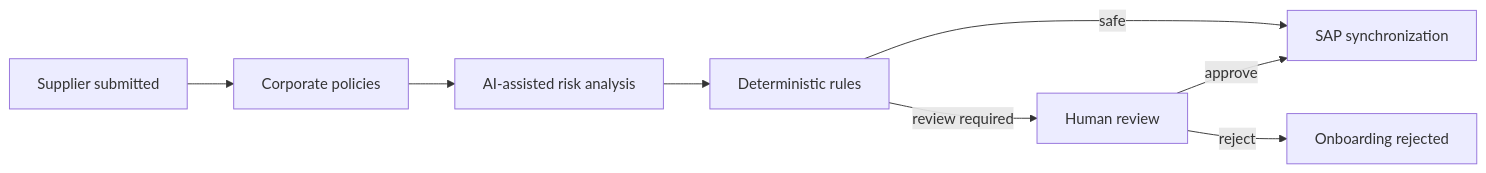
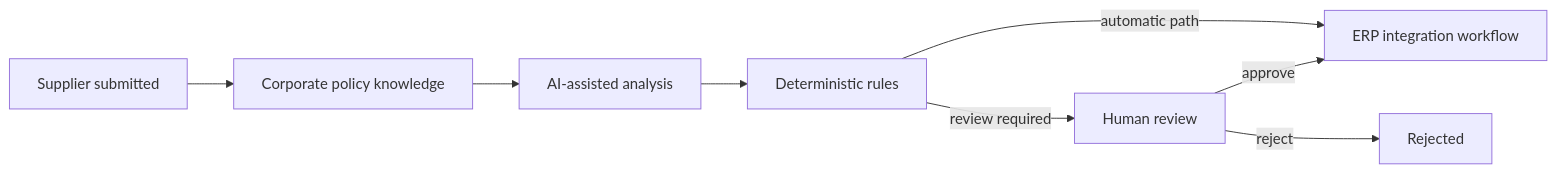
Before and after one commit to danillofratta/supplier-master-ai: the first of 2 diagrams in docs/BUSINESS_OVERVIEW.md, drawn with Mermaid. The commit also changed other lines of this file and 24 other files, not shown here.

````diff
--- a/docs/BUSINESS_OVERVIEW.md
+++ b/docs/BUSINESS_OVERVIEW.md
@@ -9,10 +9,10 @@
 ```mermaid
 flowchart LR
-    S[Supplier submitted] --> P[Corporate policies]
-    P --> AI[AI-assisted risk analysis]
+    S[Supplier submitted] --> K[Corporate policy knowledge]
+    K --> AI[AI-assisted analysis]
     AI --> R[Deterministic rules]
-    R -->|safe| SAP[SAP synchronization]
+    R -->|automatic path| I[ERP integration workflow]
     R -->|review required| H[Human review]
-    H -->|approve| SAP
-    H -->|reject| X[Onboarding rejected]
+    H -->|approve| I
+    H -->|reject| X[Rejected]
 ```
````
